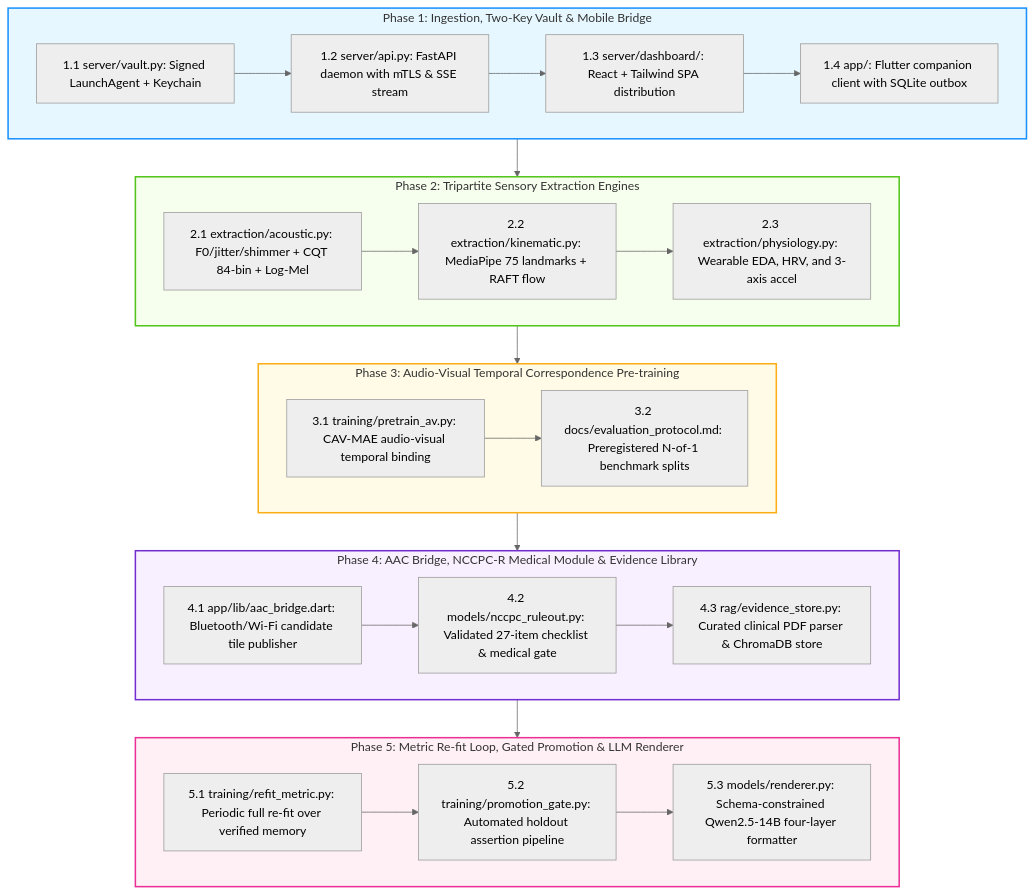
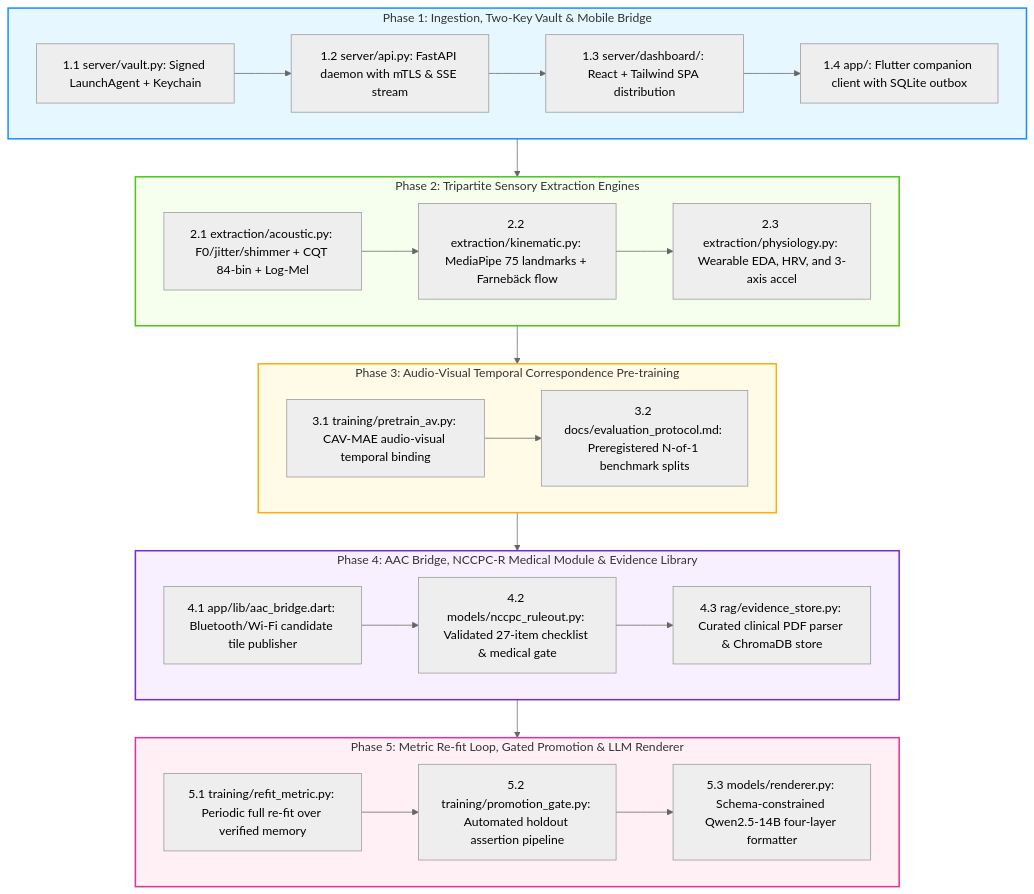
The fourth of 4 diagrams in SPECS.md (olostan/project_n), drawn with Mermaid (neutral theme) before and after one commit. The commit also changed other lines of this file and 10 other files, not shown here.

````diff
--- a/SPECS.md
+++ b/SPECS.md
@@ -617,45 +675,45 @@
 ```mermaid
 graph TD
     subgraph P1 ["Phase 1: Ingestion, Two-Key Vault & Mobile Bridge"]
         P1_1["1.1 server/vault.py: Signed LaunchAgent + Keychain"]
         P1_2["1.2 server/api.py: FastAPI daemon with mTLS & SSE stream"]
         P1_3["1.3 server/dashboard/: React + Tailwind SPA distribution"]
         P1_4["1.4 app/: Flutter companion client with SQLite outbox"]
         P1_1 --> P1_2 --> P1_3 --> P1_4
     end
 
     subgraph P2 ["Phase 2: Tripartite Sensory Extraction Engines"]
         P2_1["2.1 extraction/acoustic.py: F0/jitter/shimmer + CQT 84-bin + Log-Mel"]
-        P2_2["2.2 extraction/kinematic.py: MediaPipe 75 landmarks + RAFT flow"]
+        P2_2["2.2 extraction/kinematic.py: MediaPipe 75 landmarks + Farnebäck flow"]
         P2_3["2.3 extraction/physiology.py: Wearable EDA, HRV, and 3-axis accel"]
         P2_1 --> P2_2 --> P2_3
     end
 
     subgraph P3 ["Phase 3: Audio-Visual Temporal Correspondence Pre-training"]
         P3_1["3.1 training/pretrain_av.py: CAV-MAE audio-visual temporal binding"]
         P3_2["3.2 docs/evaluation_protocol.md: Preregistered N-of-1 benchmark splits"]
         P3_1 --> P3_2
     end
 
     subgraph P4 ["Phase 4: AAC Bridge, NCCPC-R Medical Module & Evidence Library"]
         P4_1["4.1 app/lib/aac_bridge.dart: Bluetooth/Wi-Fi candidate tile publisher"]
         P4_2["4.2 models/nccpc_ruleout.py: Validated 27-item checklist & medical gate"]
         P4_3["4.3 rag/evidence_store.py: Curated clinical PDF parser & ChromaDB store"]
         P4_1 --> P4_2 --> P4_3
     end
 
     subgraph P5 ["Phase 5: Metric Re-fit Loop, Gated Promotion & LLM Renderer"]
         P5_1["5.1 training/refit_metric.py: Periodic full re-fit over verified memory"]
         P5_2["5.2 training/promotion_gate.py: Automated holdout assertion pipeline"]
         P5_3["5.3 models/renderer.py: Schema-constrained Qwen2.5-14B four-layer formatter"]
         P5_1 --> P5_2 --> P5_3
     end
 
     P1 --> P2 --> P3 --> P4 --> P5
 
     style P1 fill:#e6f7ff,stroke:#1890ff,stroke-width:2px
     style P2 fill:#f6ffed,stroke:#52c41a,stroke-width:2px
     style P3 fill:#fffbe6,stroke:#faad14,stroke-width:2px
     style P4 fill:#f9f0ff,stroke:#722ed1,stroke-width:2px
     style P5 fill:#fff0f6,stroke:#eb2f96,stroke-width:2px
 ```
````
